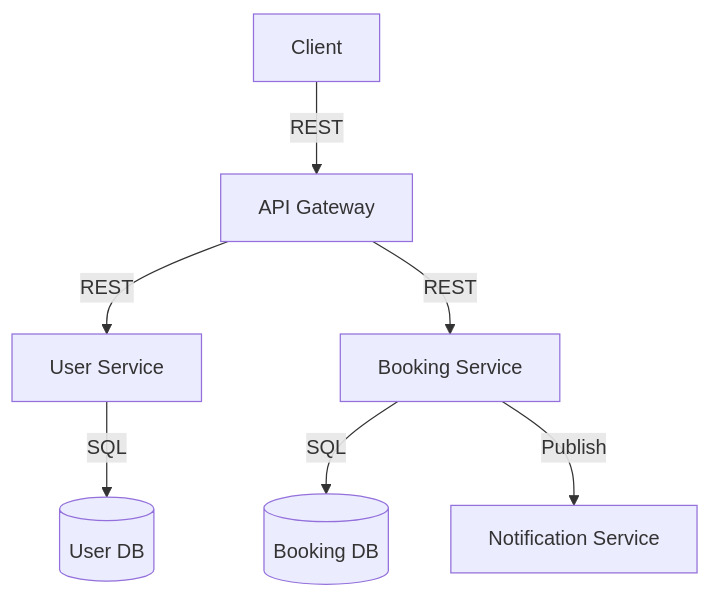
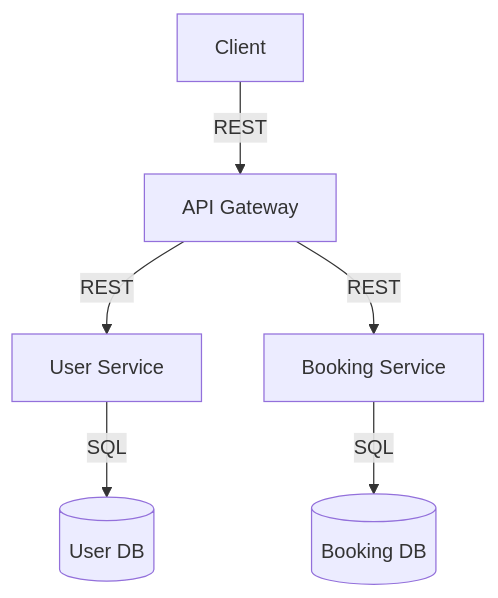
Before and after one commit to joshixap/orv: the first of 2 diagrams in tr.md, drawn with Mermaid. The commit also changed other lines of this file, not shown here.

````diff
--- a/tr.md
+++ b/tr.md
@@ -113,9 +121,8 @@
 ```mermaid
 graph TD
     Client-->|REST|APIGW[API Gateway]
     APIGW-->|REST|UserS[User Service]
     APIGW-->|REST|BookS[Booking Service]
     UserS-->|SQL|UserDB[(User DB)]
     BookS-->|SQL|BookDB[(Booking DB)]
-    BookS-->|Publish|Notif[Notification Service]
 ```
````
